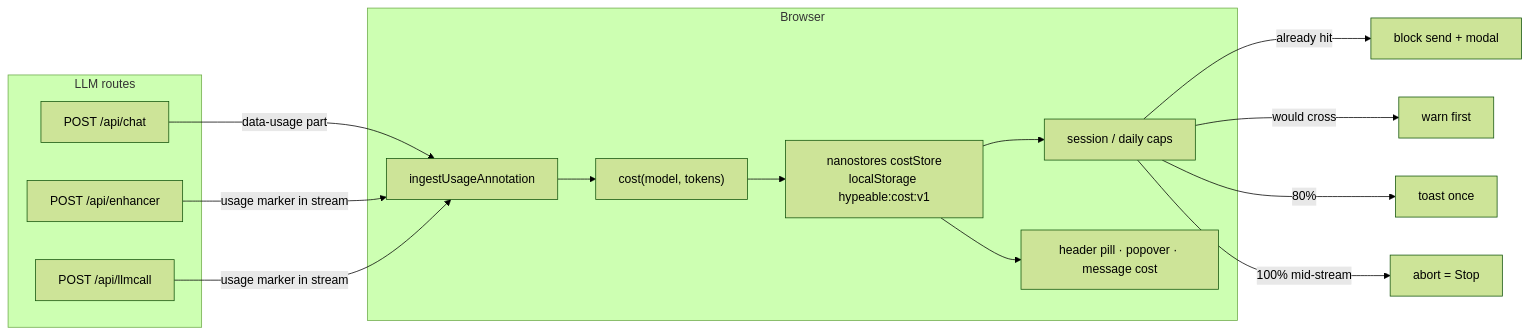
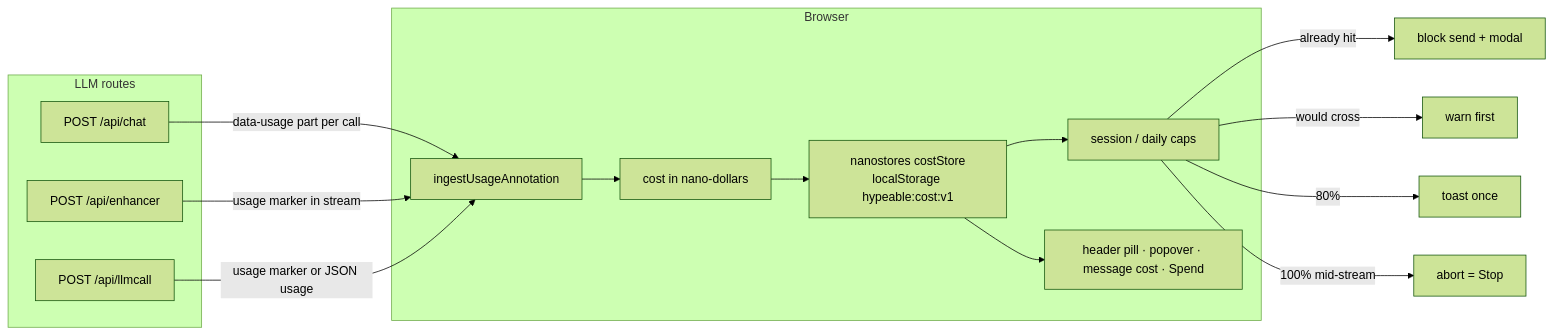
Before and after one commit to treyyha/hypeable: the diagram in docs/COST-METER.md, drawn with Mermaid (forest theme). The commit also changed other lines of this file and 1 other file, not shown here.

First line of the commit message:
docs(cost): exact vs estimate and real-key comparison method

````diff
--- a/docs/COST-METER.md
+++ b/docs/COST-METER.md
@@ -9,29 +9,29 @@
 ```mermaid
 flowchart LR
   subgraph routes [LLM routes]
     Chat["POST /api/chat"]
     Enhancer["POST /api/enhancer"]
     LlmCall["POST /api/llmcall"]
   end
 
-  Chat -->|data-usage part| Ingest
+  Chat -->|data-usage part per call| Ingest
   Enhancer -->|usage marker in stream| Ingest
-  LlmCall -->|usage marker in stream| Ingest
+  LlmCall -->|usage marker or JSON usage| Ingest
 
   subgraph client [Browser]
     Ingest["ingestUsageAnnotation"]
-    Calc["cost(model, tokens)"]
+    Calc["cost in nano-dollars"]
     Store["nanostores costStore\nlocalStorage hypeable:cost:v1"]
     Caps["session / daily caps"]
-    UI["header pill · popover · message cost"]
+    UI["header pill · popover · message cost · Spend"]
   end
 
   Ingest --> Calc
   Calc --> Store
   Store --> Caps
   Store --> UI
   Caps -->|already hit| Block[block send + modal]
   Caps -->|would cross| Warn[warn first]
   Caps -->|80%| Toast[toast once]
   Caps -->|100% mid-stream| Abort[abort = Stop]
 ```
````
